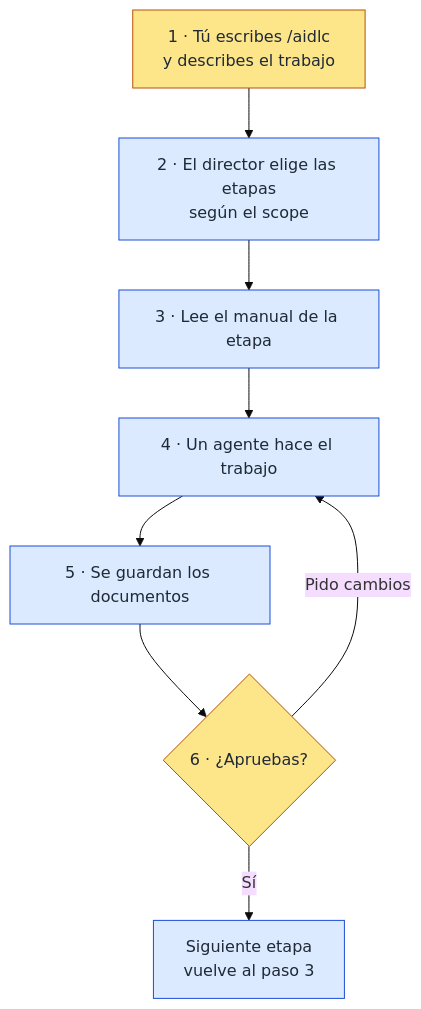
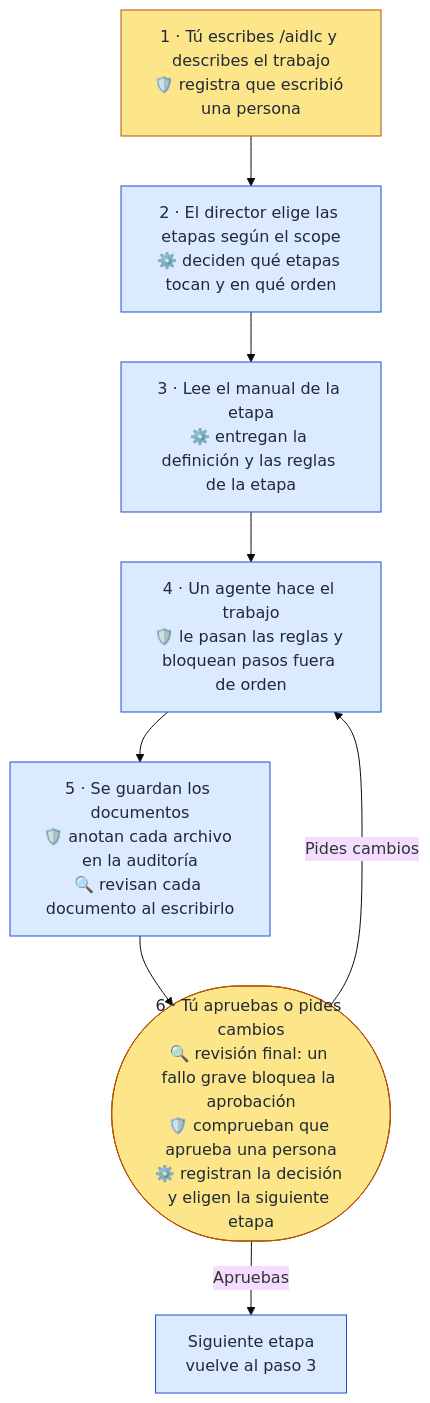
One commit to agentile1sp/panel changed the fourth of 4 diagrams in playbook/02-anatomia-del-repo/00-mapa-general.md. Above: the diagram before and after it, drawn with Mermaid (base theme). The commit also changed other lines of this file, not shown here.

Commit message:
docs(playbook): mostrar en el diagrama dónde actúan tools, hooks y sensores

````diff
--- a/playbook/02-anatomia-del-repo/00-mapa-general.md
+++ b/playbook/02-anatomia-del-repo/00-mapa-general.md
@@ -137,19 +139,19 @@
 ```mermaid
 flowchart TD
-    A["1 · Tú escribes /aidlc<br/>y describes el trabajo"]
-    B["2 · El director elige las etapas<br/>según el scope"]
-    C["3 · Lee el manual de la etapa"]
-    D["4 · Un agente hace el trabajo"]
-    E["5 · Se guardan los documentos"]
-    F{"6 · ¿Apruebas?"}
+    A["1 · Tú escribes /aidlc y describes el trabajo<br/>🛡️ registra que escribió una persona"]
+    B["2 · El director elige las etapas según el scope<br/>⚙️ deciden qué etapas tocan y en qué orden"]
+    C["3 · Lee el manual de la etapa<br/>⚙️ entregan la definición y las reglas de la etapa"]
+    D["4 · Un agente hace el trabajo<br/>🛡️ le pasan las reglas y bloquean pasos fuera de orden"]
+    E["5 · Se guardan los documentos<br/>🛡️ anotan cada archivo en la auditoría<br/>🔍 revisan cada documento al escribirlo"]
+    F(["6 · Tú apruebas o pides cambios<br/>🔍 revisión final: un fallo grave bloquea la aprobación<br/>🛡️ comprueban que aprueba una persona<br/>⚙️ registran la decisión y eligen la siguiente etapa"])
     G["Siguiente etapa<br/>vuelve al paso 3"]
 
     A --> B --> C --> D --> E --> F
-    F -- Sí --> G
-    F -- Pido cambios --> D
+    F -- Apruebas --> G
+    F -- Pides cambios --> D
 
     classDef persona fill:#fde68a,stroke:#b45309,color:#1f2937
     classDef motor fill:#dbeafe,stroke:#1d4ed8,color:#1f2937
     class A,F persona
     class B,C,D,E,G motor
 ```
````
